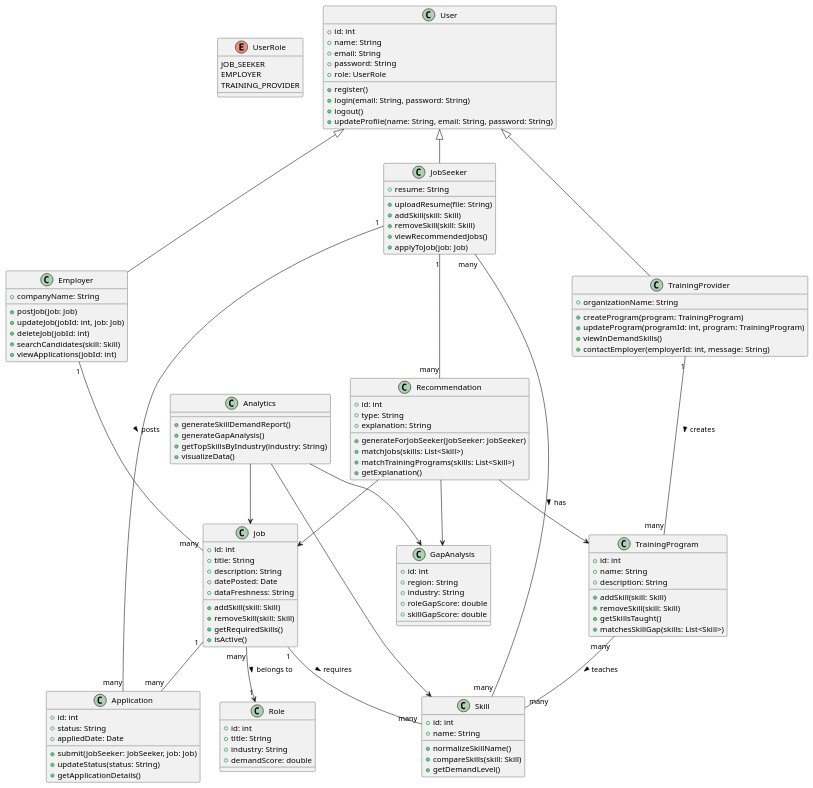
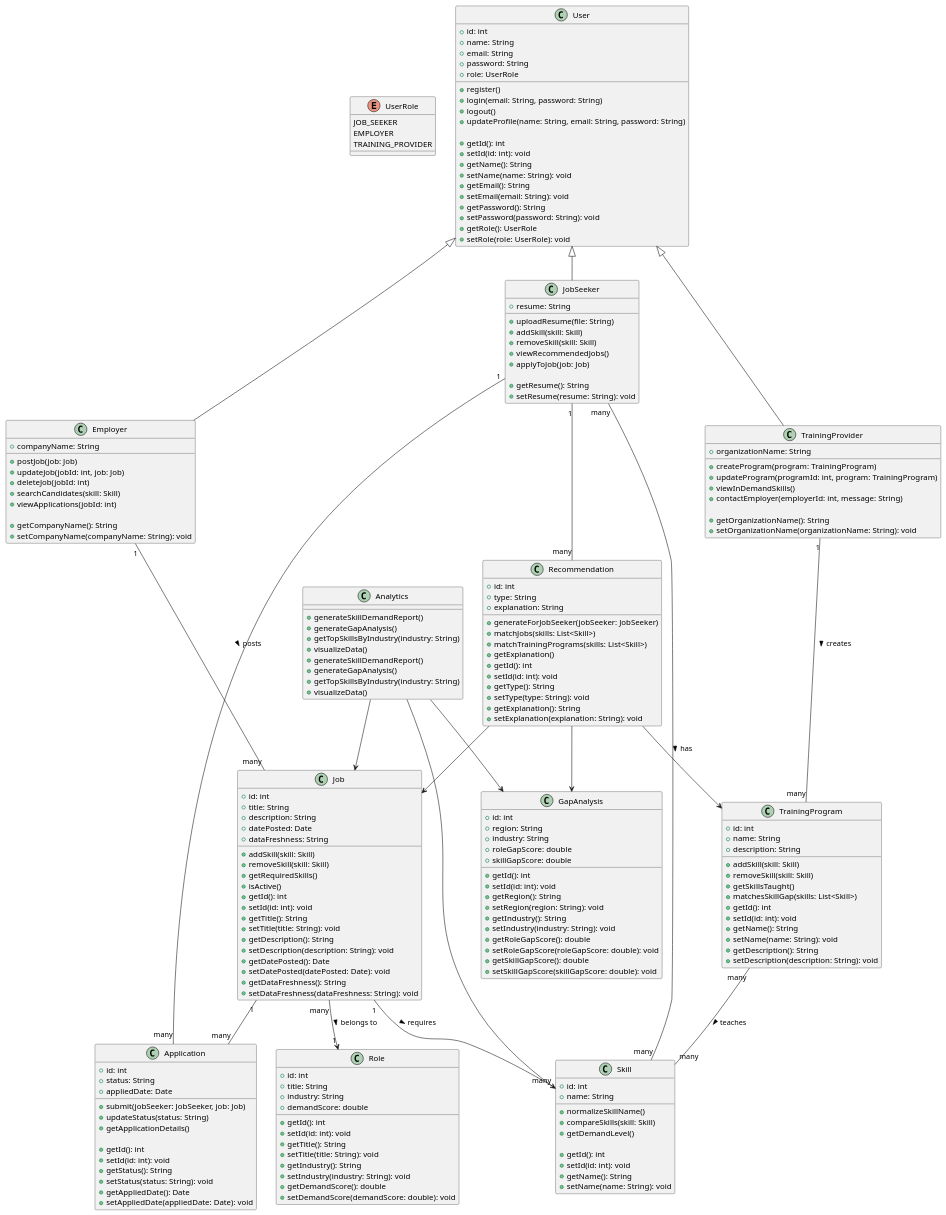
The diagram in backend/NewSystem.diagram.puml (code-differently/26q1-team4-capstone), drawn with PlantUML before and after one commit. The commit also changed 10 other files, not shown here.

Commit message:
Added more detail to diagram

```diff
--- a/backend/NewSystem.diagram.puml
+++ b/backend/NewSystem.diagram.puml
@@ -23,6 +23,17 @@
   +login(email: String, password: String)
   +logout()
   +updateProfile(name: String, email: String, password: String)
+
+  +getId(): int
+  +setId(id: int): void
+  +getName(): String
+  +setName(name: String): void
+  +getEmail(): String
+  +setEmail(email: String): void
+  +getPassword(): String
+  +setPassword(password: String): void
+  +getRole(): UserRole
+  +setRole(role: UserRole): void
 }
 
 class JobSeeker {
@@ -33,6 +44,9 @@
   +removeSkill(skill: Skill)
   +viewRecommendedJobs()
   +applyToJob(job: Job)
+
+  +getResume(): String
+  +setResume(resume: String): void
 }
 
 class Employer {
@@ -43,6 +57,9 @@
   +deleteJob(jobId: int)
   +searchCandidates(skill: Skill)
   +viewApplications(jobId: int)
+
+  +getCompanyName(): String
+  +setCompanyName(companyName: String): void
 }
 
 class TrainingProvider {
@@ -52,6 +69,9 @@
   +updateProgram(programId: int, program: TrainingProgram)
   +viewInDemandSkills()
   +contactEmployer(employerId: int, message: String)
+
+  +getOrganizationName(): String
+  +setOrganizationName(organizationName: String): void
 }
 
 User <|-- JobSeeker
@@ -75,6 +95,15 @@
   ' Example:
   ' Software Engineer = 5000 / 10000 = 0.5
   '--------------------------------------------
+
+  +getId(): int
+  +setId(id: int): void
+  +getTitle(): String
+  +setTitle(title: String): void
+  +getIndustry(): String
+  +setIndustry(industry: String): void
+  +getDemandScore(): double
+  +setDemandScore(demandScore: double): void
 }
 
 '====================================================
@@ -100,6 +129,17 @@
   ' 7–30 days = "Stale"
   ' >30 days = "Outdated"
   '--------------------------------------------
+
+  +getId(): int
+  +setId(id: int): void
+  +getTitle(): String
+  +setTitle(title: String): void
+  +getDescription(): String
+  +setDescription(description: String): void
+  +getDatePosted(): Date
+  +setDatePosted(datePosted: Date): void
+  +getDataFreshness(): String
+  +setDataFreshness(dataFreshness: String): void
 }
 
 class Skill {
@@ -109,6 +149,11 @@
   +normalizeSkillName()
   +compareSkills(skill: Skill)
   +getDemandLevel()
+
+  +getId(): int
+  +setId(id: int): void
+  +getName(): String
+  +setName(name: String): void
 }
 
 class Application {
@@ -119,6 +164,13 @@
   +submit(jobSeeker: JobSeeker, job: Job)
   +updateStatus(status: String)
   +getApplicationDetails()
+
+  +getId(): int
+  +setId(id: int): void
+  +getStatus(): String
+  +setStatus(status: String): void
+  +getAppliedDate(): Date
+  +setAppliedDate(appliedDate: Date): void
 }
 
 '====================================================
@@ -156,6 +208,13 @@
   ' Program teaches 2 of them
   ' matchScore = 2/3 = 0.66
   '--------------------------------------------
+
+  +getId(): int
+  +setId(id: int): void
+  +getName(): String
+  +setName(name: String): void
+  +getDescription(): String
+  +setDescription(description: String): void
 }
 
 TrainingProvider "1" -- "many" TrainingProgram : creates >
@@ -189,6 +248,17 @@
   ' 3 missing / 5 required = 0.6 gap
   '
   '--------------------------------------------
+
+  +getId(): int
+  +setId(id: int): void
+  +getRegion(): String
+  +setRegion(region: String): void
+  +getIndustry(): String
+  +setIndustry(industry: String): void
+  +getRoleGapScore(): double
+  +setRoleGapScore(roleGapScore: double): void
+  +getSkillGapScore(): double
+  +setSkillGapScore(skillGapScore: double): void
 }
 
 '====================================================
@@ -213,6 +283,13 @@
   ' 4. Generate explanation:
   '    "You are missing X skill needed for Y role"
   '--------------------------------------------
+
+  +getId(): int
+  +setId(id: int): void
+  +getType(): String
+  +setType(type: String): void
+  +getExplanation(): String
+  +setExplanation(explanation: String): void
 }
 
 JobSeeker "1" -- "many" Recommendation
@@ -237,6 +314,11 @@
   ' - Aggregate roles by demandScore
   ' - Compare supply vs demand
   '--------------------------------------------
+
+  +generateSkillDemandReport()
+  +generateGapAnalysis()
+  +getTopSkillsByIndustry(industry: String)
+  +visualizeData()
 }
 
 Analytics --> Job
```
